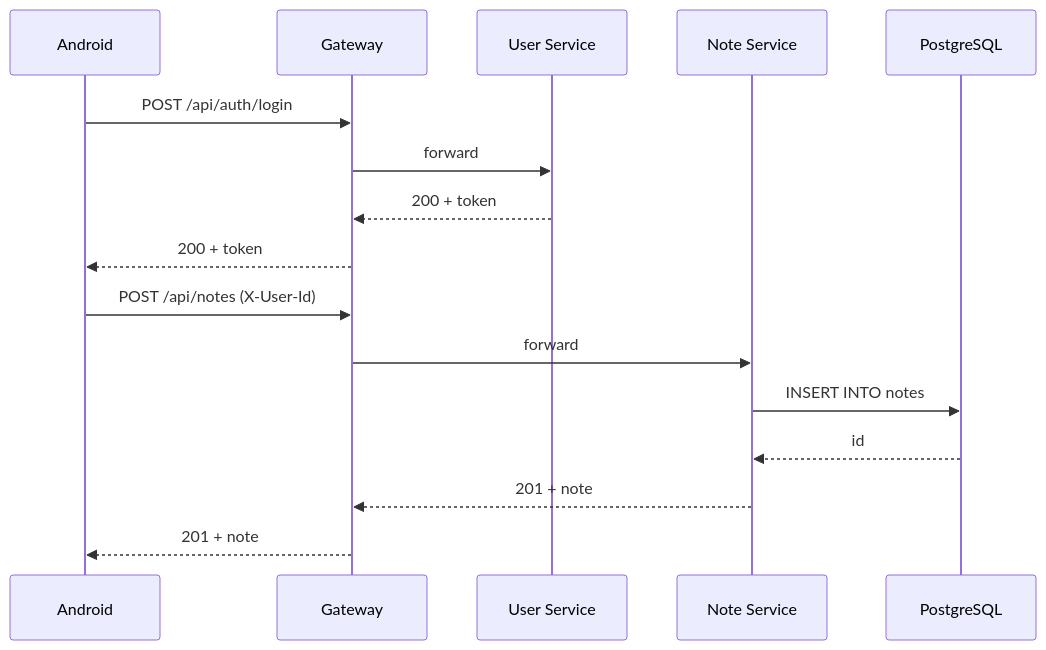
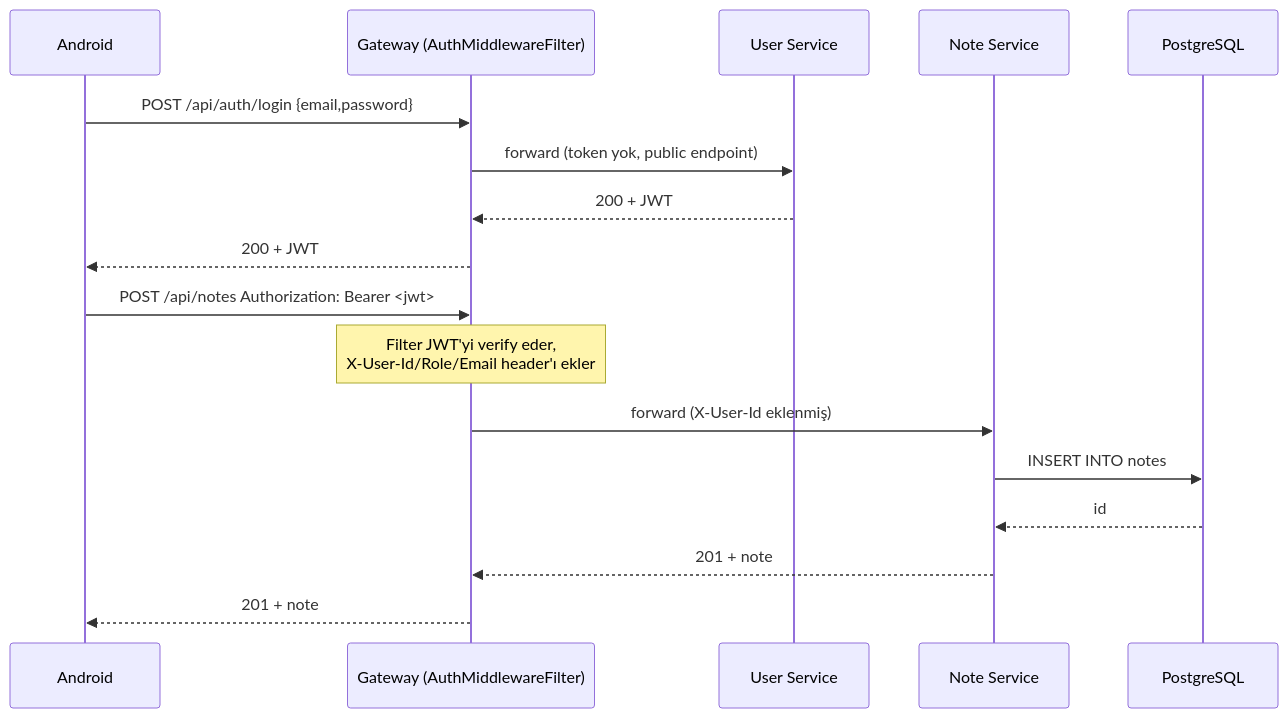
The third of 3 diagrams in README.md (KingOfPlayer/note-app), drawn with Mermaid before and after one commit. The commit also changed other lines of this file and 5 other files, not shown here.

````diff
--- a/README.md
+++ b/README.md
@@ -99,20 +99,21 @@
 ```mermaid
 sequenceDiagram
     participant App as Android
-    participant GW as Gateway
+    participant GW as Gateway (AuthMiddlewareFilter)
     participant US as User Service
     participant NS as Note Service
     participant DB as PostgreSQL
 
-    App->>GW: POST /api/auth/login
-    GW->>US: forward
-    US-->>GW: 200 + token
-    GW-->>App: 200 + token
+    App->>GW: POST /api/auth/login {email,password}
+    GW->>US: forward (token yok, public endpoint)
+    US-->>GW: 200 + JWT
+    GW-->>App: 200 + JWT
 
-    App->>GW: POST /api/notes (X-User-Id)
-    GW->>NS: forward
+    App->>GW: POST /api/notes  Authorization: Bearer <jwt>
+    Note over GW: Filter JWT'yi verify eder,<br/>X-User-Id/Role/Email header'ı ekler
+    GW->>NS: forward (X-User-Id eklenmiş)
     NS->>DB: INSERT INTO notes
     DB-->>NS: id
     NS-->>GW: 201 + note
     GW-->>App: 201 + note
 ```
````
